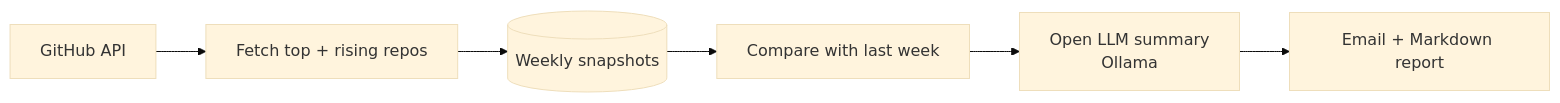
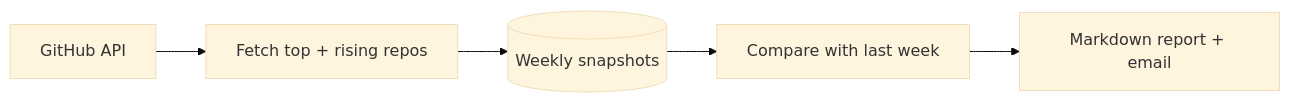
The diagram in README.md (Israaelhouch/github-trends-reporter), drawn with Mermaid (base theme) before and after one commit. The commit also changed other lines of this file, not shown here.

Commit message:
README: present the summary as an optional feature, not a headline

````diff
--- a/README.md
+++ b/README.md
@@ -27,8 +26,7 @@
 ```mermaid
 flowchart LR
     A[GitHub API] --> B[Fetch top + rising repos]
     B --> C[(Weekly snapshots)]
     C --> D[Compare with last week]
-    D --> E[Open LLM summary<br/>Ollama]
-    E --> F[Email + Markdown report]
+    D --> E[Markdown report + email]
 ```
````
